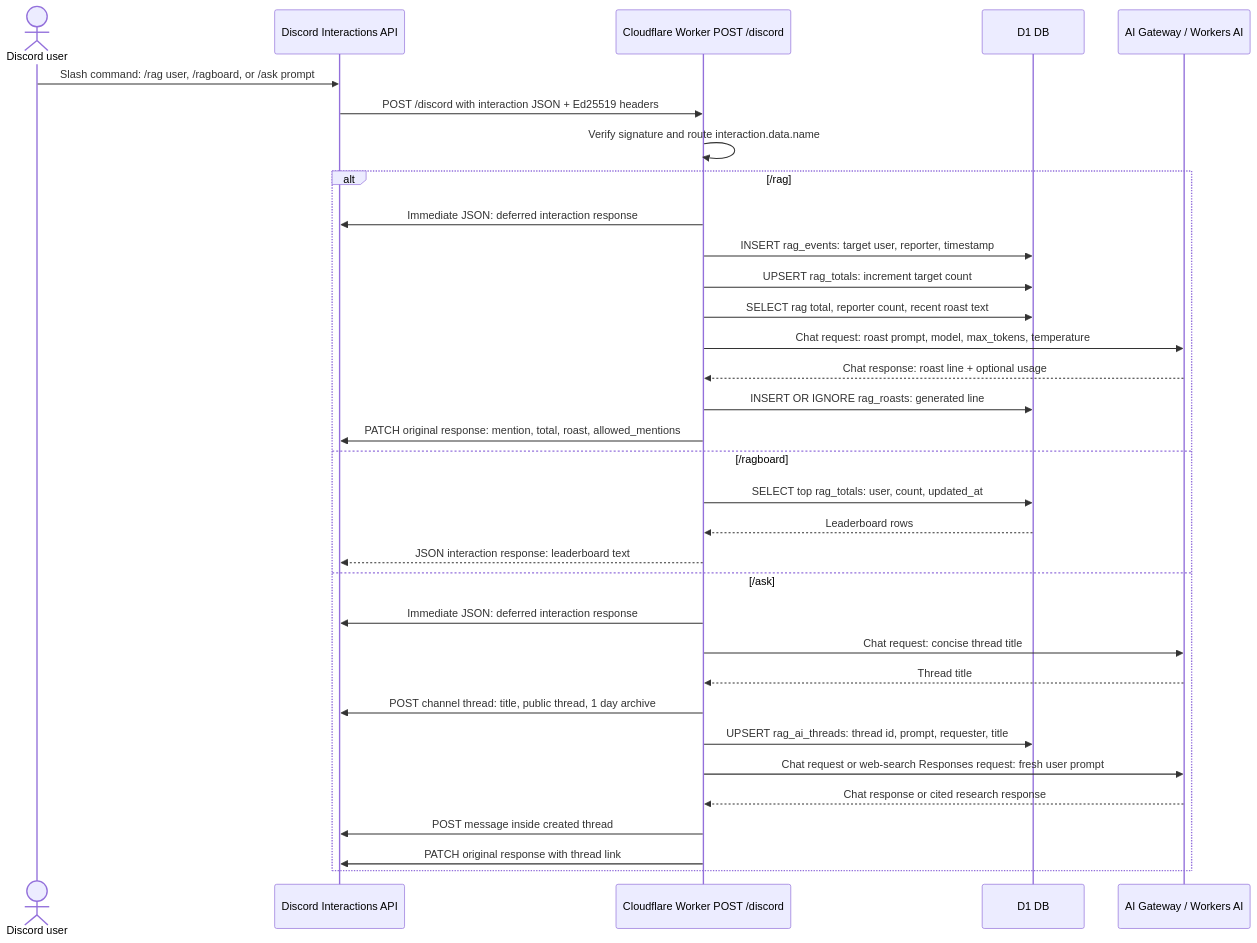
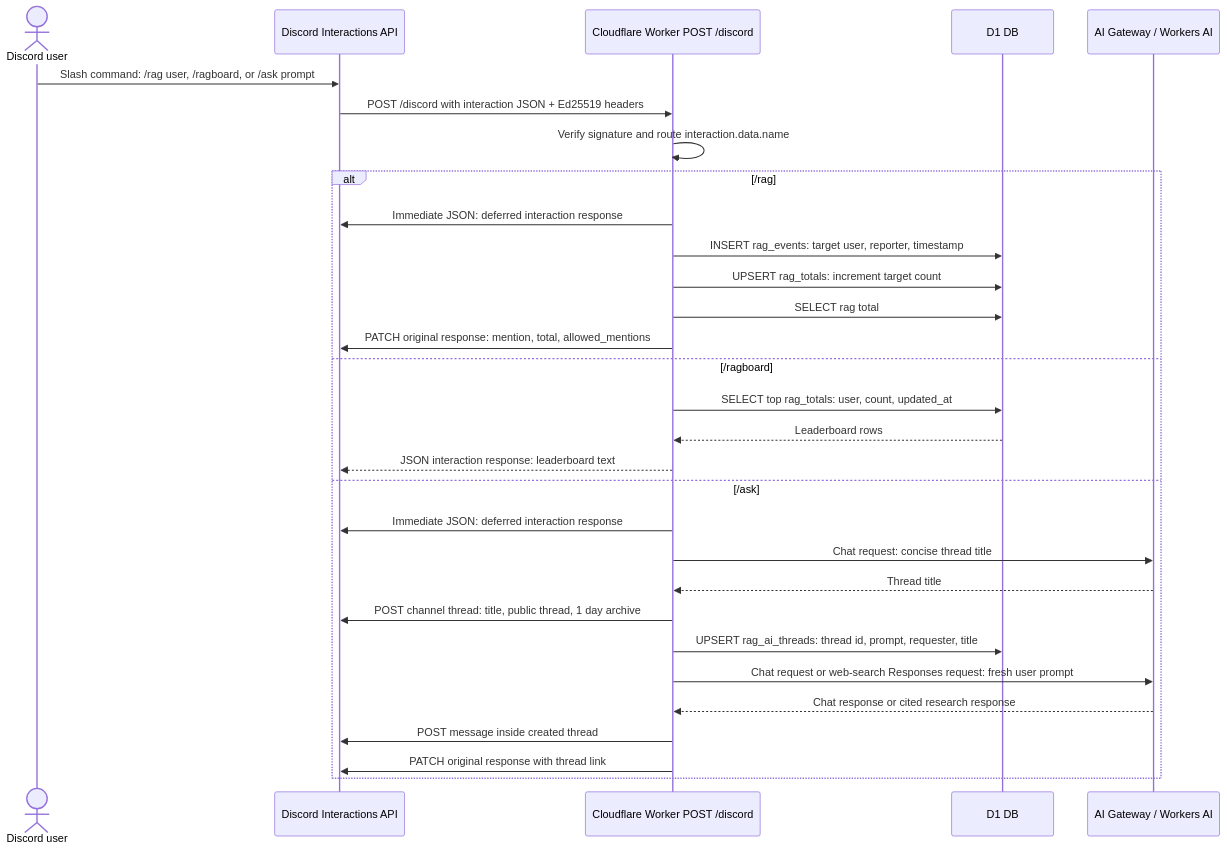
The second of 3 diagrams in README.md (jackm43/rag), drawn with Mermaid before and after one commit. The commit also changed other lines of this file and 10 other files, not shown here.

````diff
--- a/README.md
+++ b/README.md
@@ -49,37 +49,34 @@
 ```mermaid
 sequenceDiagram
   actor User as Discord user
   participant Discord as Discord Interactions API
   participant Worker as Cloudflare Worker POST /discord
   participant DB as D1 DB
   participant AI as AI Gateway / Workers AI
 
   User->>Discord: Slash command: /rag user, /ragboard, or /ask prompt
   Discord->>Worker: POST /discord with interaction JSON + Ed25519 headers
   Worker->>Worker: Verify signature and route interaction.data.name
 
   alt /rag
     Worker->>Discord: Immediate JSON: deferred interaction response
     Worker->>DB: INSERT rag_events: target user, reporter, timestamp
     Worker->>DB: UPSERT rag_totals: increment target count
-    Worker->>DB: SELECT rag total, reporter count, recent roast text
-    Worker->>AI: Chat request: roast prompt, model, max_tokens, temperature
-    AI-->>Worker: Chat response: roast line + optional usage
-    Worker->>DB: INSERT OR IGNORE rag_roasts: generated line
-    Worker->>Discord: PATCH original response: mention, total, roast, allowed_mentions
+    Worker->>DB: SELECT rag total
+    Worker->>Discord: PATCH original response: mention, total, allowed_mentions
   else /ragboard
     Worker->>DB: SELECT top rag_totals: user, count, updated_at
     DB-->>Worker: Leaderboard rows
     Worker-->>Discord: JSON interaction response: leaderboard text
   else /ask
     Worker->>Discord: Immediate JSON: deferred interaction response
     Worker->>AI: Chat request: concise thread title
     AI-->>Worker: Thread title
     Worker->>Discord: POST channel thread: title, public thread, 1 day archive
     Worker->>DB: UPSERT rag_ai_threads: thread id, prompt, requester, title
     Worker->>AI: Chat request or web-search Responses request: fresh user prompt
     AI-->>Worker: Chat response or cited research response
     Worker->>Discord: POST message inside created thread
     Worker->>Discord: PATCH original response with thread link
   end
 ```
````
